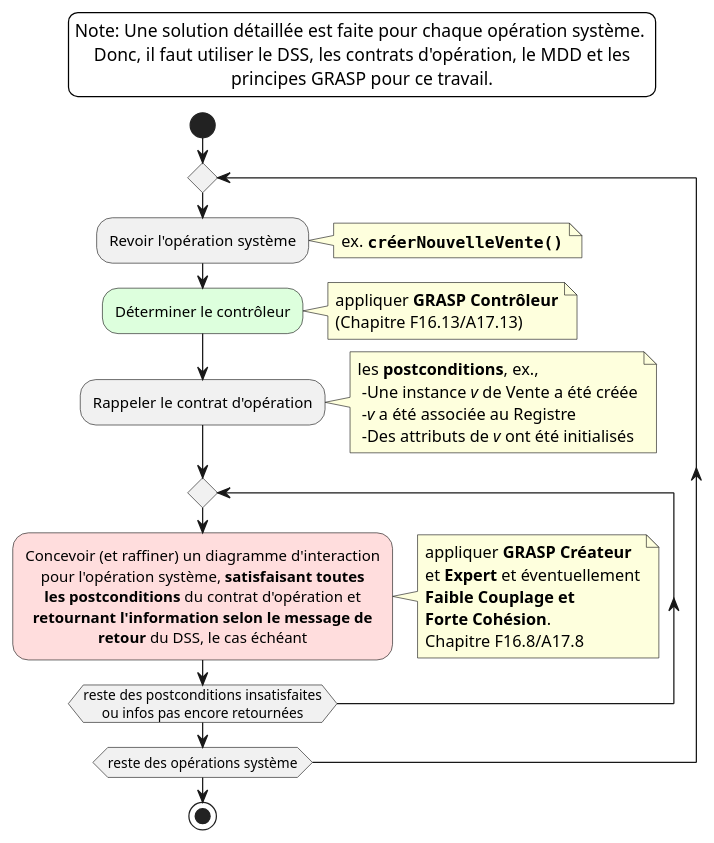
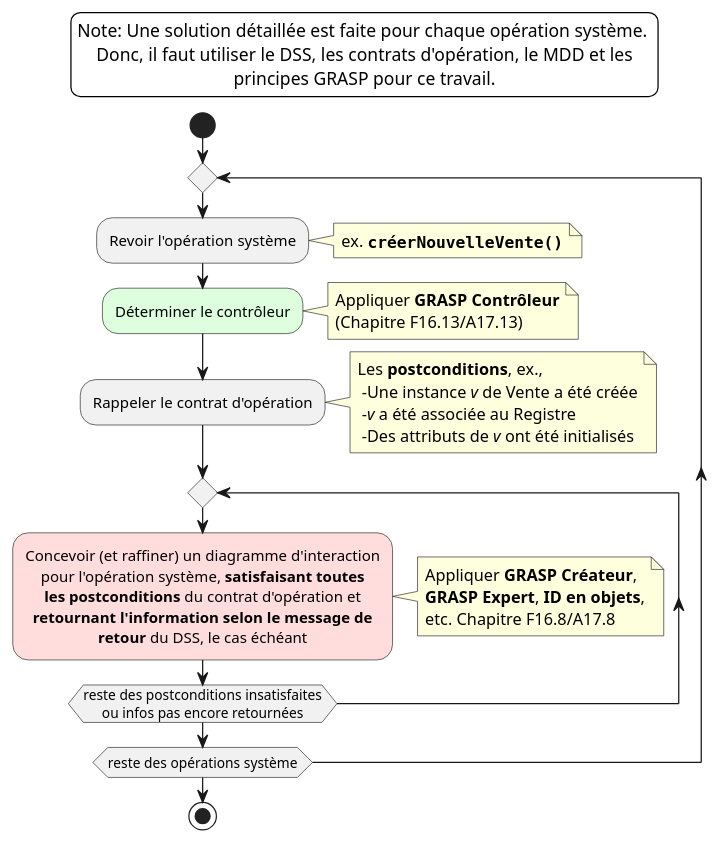
The first of 6 diagrams in chapters/08-RDCU.md (fuhrmanator/log210-notes-de-cours), drawn with PlantUML before and after one commit. The commit also changed other lines of this file and 1 other file, not shown here.

Commit message:
Fig8.1 improved

````diff
--- a/chapters/08-RDCU.md
+++ b/chapters/08-RDCU.md
@@ -25,37 +25,36 @@
 ```{.plantuml hide-image=true plantuml-filename=build/images/rdcu-aide-memoire.pdf}
 @startuml 
+'!include ../forme.pumlinclude
 skinparam shadowing false
 skinparam BackgroundColor hidden
 skinparam DefaultTextAlignment center
 skinparam NoteTextAlignment left
 start 
 repeat 
 :Revoir l'opération système; 
 note right: ex. ""**créerNouvelleVente()**""
 #ddffdd:Déterminer le contrôleur;
-note right: appliquer **GRASP Contrôleur**\n(Chapitre F16.13/A17.13) 
+note right: Appliquer **GRASP Contrôleur**\n(Chapitre F16.13/A17.13) 
 :Rappeler le contrat d'opération; 
-note right: les **postconditions**, ex.,\n -Une instance <i>v</i> de Vente a été créée\n -<i>v</i> a été associée au Registre\n -Des attributs de <i>v</i> ont été initialisés 
+note right: Les **postconditions**, ex.,\n -Une instance <i>v</i> de Vente a été créée\n -<i>v</i> a été associée au Registre\n -Des attributs de <i>v</i> ont été initialisés 
 repeat
 #ffdddd:Concevoir (et raffiner) un diagramme d'interaction
 pour l'opération système, **satisfaisant toutes**
 **les postconditions** du contrat d'opération et
 **retournant l'information selon le message de**
 **retour** du DSS, le cas échéant;
 note right
-appliquer **GRASP Créateur**
-et **Expert** et éventuellement
-**Faible Couplage et**
-**Forte Cohésion**.
-Chapitre F16.8/A17.8
+Appliquer **GRASP Créateur**, 
+**GRASP Expert**, **ID en objets**,
+etc. Chapitre F16.8/A17.8
 end note
 repeat while (reste des postconditions insatisfaites\nou infos pas encore retournées) 
 repeat while (reste des opérations système) 
 stop
 legend top
 Note: Une solution détaillée est faite pour chaque opération système. 
 Donc, il faut utiliser le DSS, les contrats d'opération, le MDD et les
 principes GRASP pour ce travail.
 endlegend
 @enduml
 ```
````
